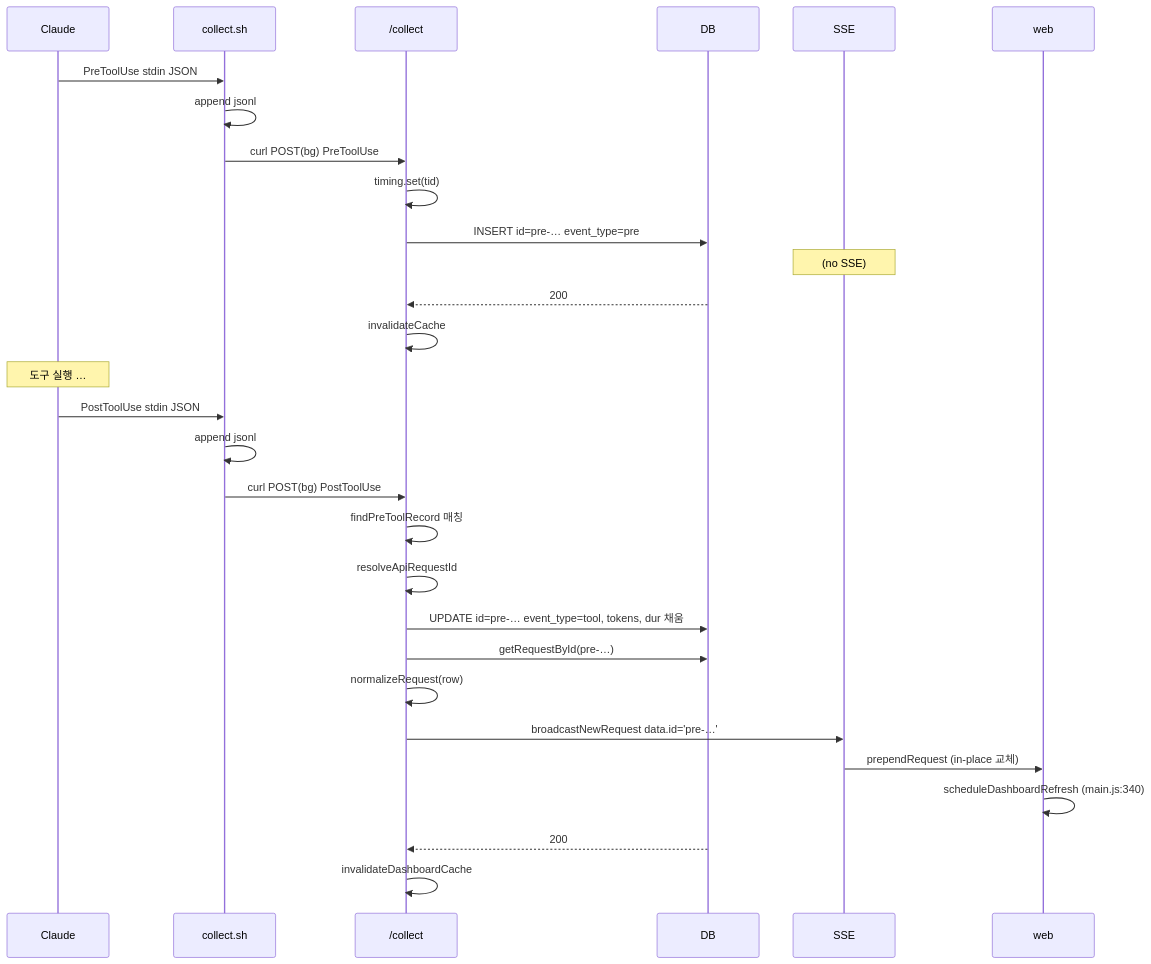
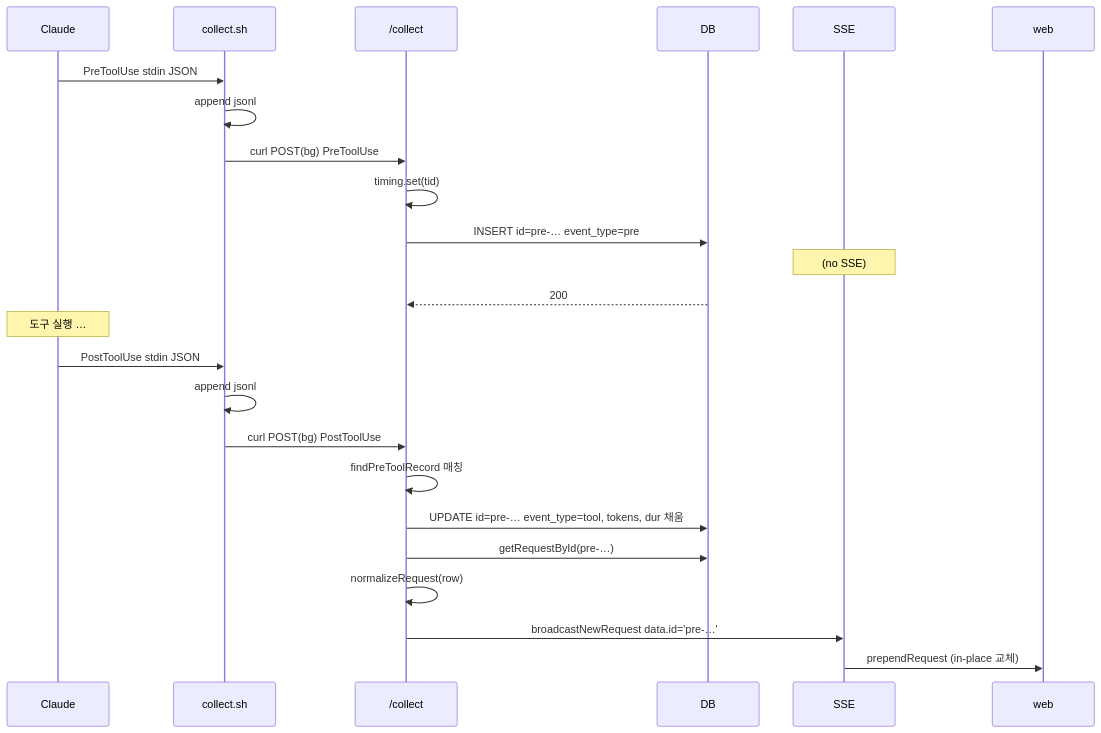
The third of 4 diagrams in docs/architecture/data-flow.md (gmoon92/claude-spyglass), drawn with Mermaid before and after one commit. The commit also changed other lines of this file and 36 other files, not shown here.

````diff
--- a/docs/architecture/data-flow.md
+++ b/docs/architecture/data-flow.md
@@ -533,34 +300,29 @@
 ```mermaid
 sequenceDiagram
   participant Claude
   participant collect.sh
   participant collect as /collect
   participant DB
   participant SSE
   participant web
 
   Claude->>collect.sh: PreToolUse stdin JSON
   collect.sh->>collect.sh: append jsonl
   collect.sh->>collect: curl POST(bg) PreToolUse
   collect->>collect: timing.set(tid)
   collect->>DB: INSERT id=pre-… event_type=pre
   Note over SSE: (no SSE)
   DB-->>collect: 200
-  collect->>collect: invalidateCache
 
   Note over Claude: 도구 실행 …
 
   Claude->>collect.sh: PostToolUse stdin JSON
   collect.sh->>collect.sh: append jsonl
   collect.sh->>collect: curl POST(bg) PostToolUse
   collect->>collect: findPreToolRecord 매칭
-  collect->>collect: resolveApiRequestId
   collect->>DB: UPDATE id=pre-… event_type=tool, tokens, dur 채움
   collect->>DB: getRequestById(pre-…)
   collect->>collect: normalizeRequest(row)
   collect->>SSE: broadcastNewRequest data.id='pre-…'
   SSE->>web: prependRequest (in-place 교체)
-  web->>web: scheduleDashboardRefresh (main.js:340)
-  DB-->>collect: 200
-  collect->>collect: invalidateDashboardCache
 ```
````
